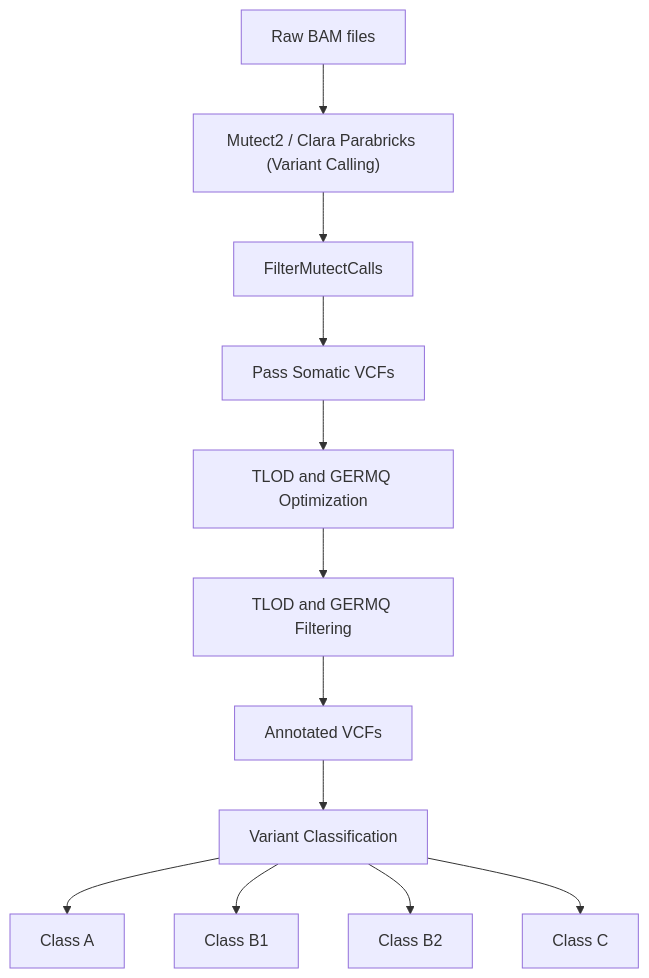
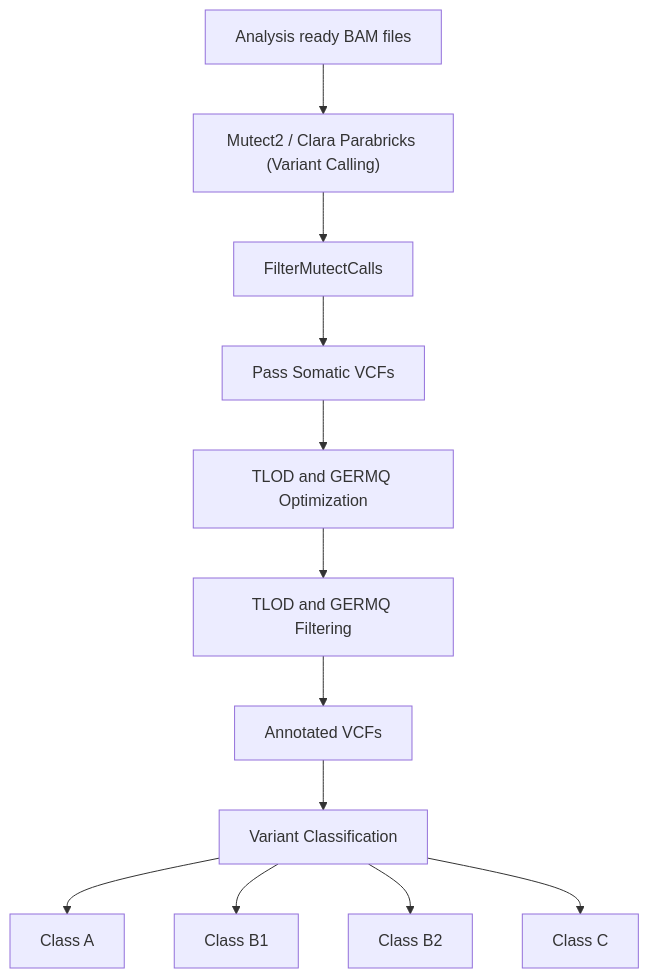
One commit to cmuteam-medcmu/cfDNA-size-selection_somatic_variant_analysis changed the diagram in README.md. Above: the diagram before and after it, drawn with Mermaid.

Commit message:
Update workflow overview in README.md

````diff
--- a/README.md
+++ b/README.md
@@ -16,17 +16,17 @@
 ```mermaid
 graph TD
     %% Pipeline Flow
-    A[Raw BAM files] --> B["Mutect2 / Clara Parabricks (Variant Calling)"]
+    A[Analysis ready BAM files] --> B["Mutect2 / Clara Parabricks (Variant Calling)"]
     B --> C[FilterMutectCalls]
     C --> D[Pass Somatic VCFs]
     D --> E[TLOD and GERMQ Optimization]
     E --> F[TLOD and GERMQ Filtering]
     F --> G[Annotated VCFs]
     G --> H[Variant Classification]
 
     %% Link to the Classification Tree
     H --> ClassA[Class A]
     H --> ClassB1[Class B1]
     H --> ClassB2[Class B2]
     H --> ClassC1[Class C]
 ```
````
